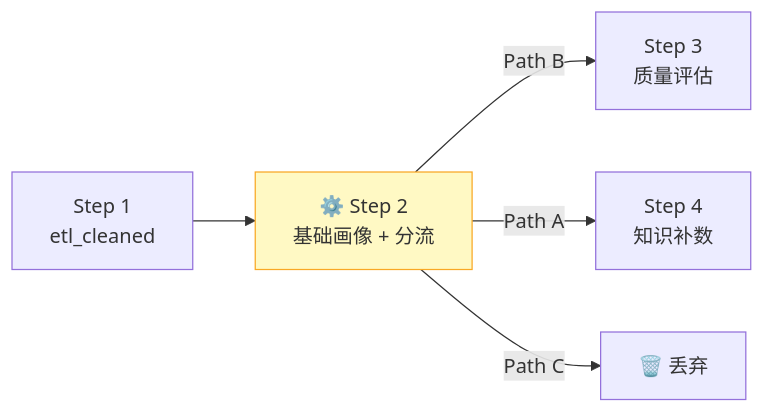
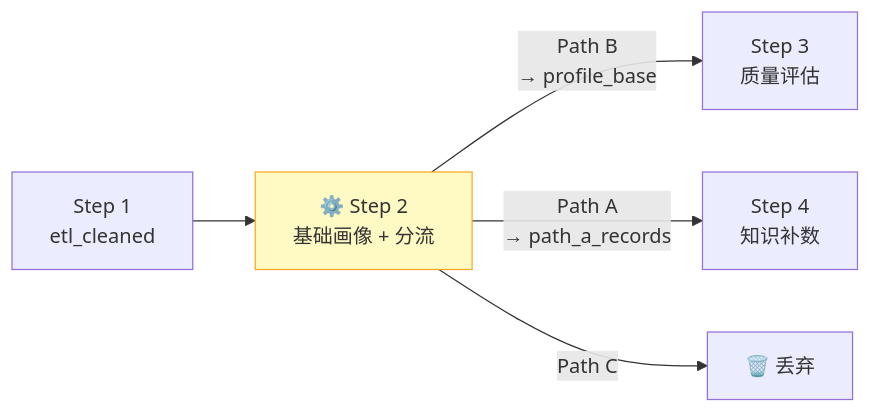
The first of 5 diagrams in rebuild5/docs/human_guide/02_Step2_基础画像与分流.md (laoyang75/OptiNet), drawn with Mermaid before and after one commit. The commit also changed other lines of this file and 169 other files, not shown here.

````diff
--- a/rebuild5/docs/human_guide/02_Step2_基础画像与分流.md
+++ b/rebuild5/docs/human_guide/02_Step2_基础画像与分流.md
@@ -9,15 +9,15 @@
 ```mermaid
 flowchart LR
     S1["Step 1\netl_cleaned"]
     S2["⚙️ Step 2\n基础画像 + 分流"]
     S3["Step 3\n质量评估"]
     S4["Step 4\n知识补数"]
     DISCARD["🗑️ 丢弃"]
 
     S1 --> S2
-    S2 -->|"Path B"| S3
-    S2 -->|"Path A"| S4
+    S2 -->|"Path B\n→ profile_base"| S3
+    S2 -->|"Path A\n→ path_a_records"| S4
     S2 -->|"Path C"| DISCARD
 
     style S2 fill:#fff9c4,stroke:#f9a825
 ```
````
